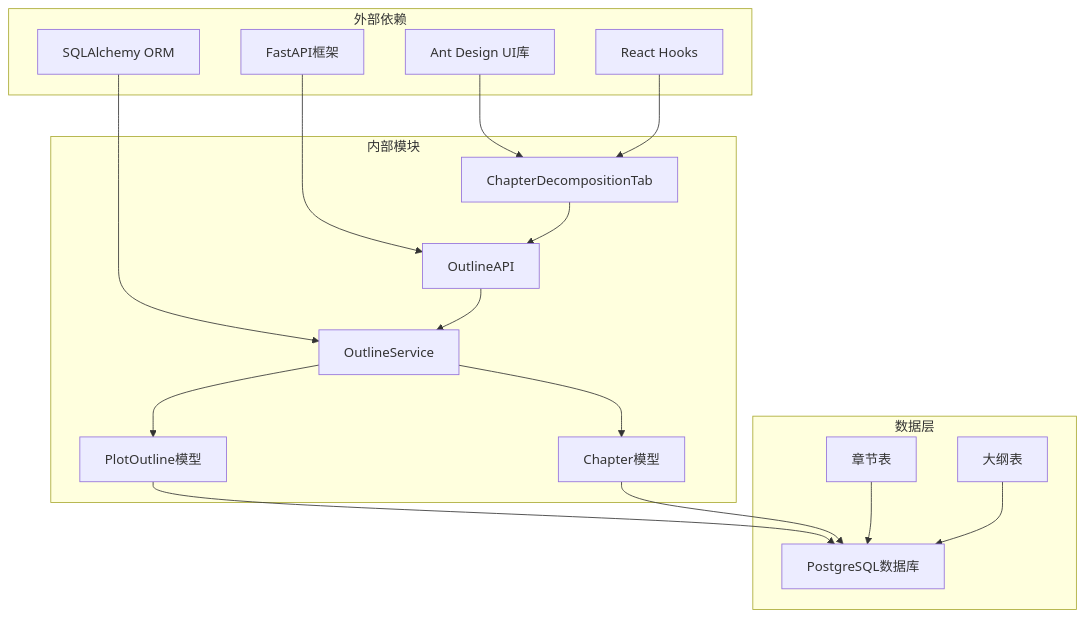
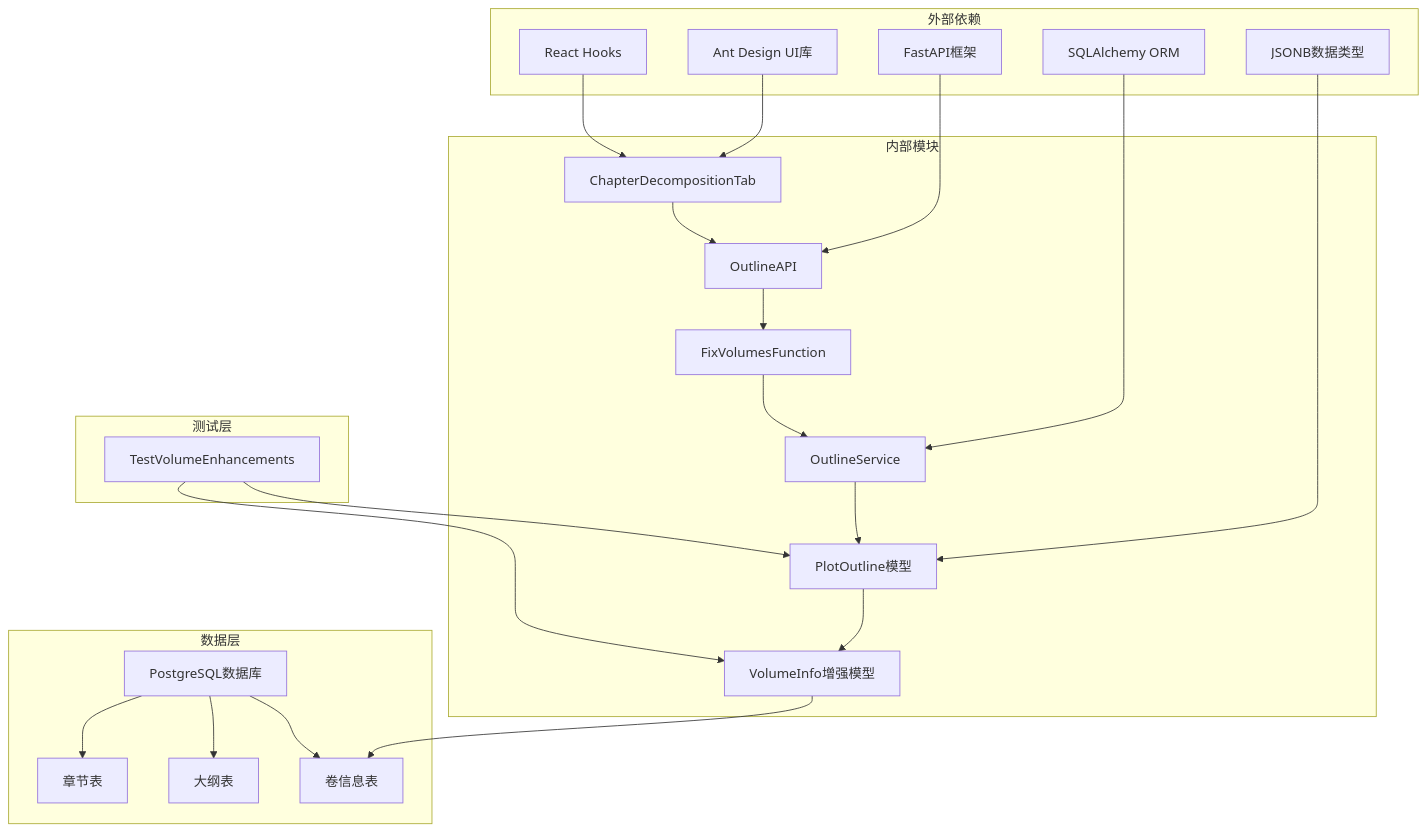
One commit to xfbyxq/ai-novel-system changed the ninth of 9 diagrams in .qoder/repowiki/zh/content/Chapter Decomposition Tab.md. Above: the diagram before and after it, drawn with Mermaid. The commit also changed other lines of this file and 11 other files, not shown here.

````diff
--- a/.qoder/repowiki/zh/content/Chapter Decomposition Tab.md
+++ b/.qoder/repowiki/zh/content/Chapter Decomposition Tab.md
@@ -337,33 +485,43 @@
 ```mermaid
 graph TB
 subgraph "外部依赖"
 A[Ant Design UI库]
 B[React Hooks]
 C[FastAPI框架]
 D[SQLAlchemy ORM]
+E[JSONB数据类型]
 end
 subgraph "内部模块"
-E[ChapterDecompositionTab]
-F[OutlineAPI]
-G[OutlineService]
-H[PlotOutline模型]
-I[Chapter模型]
+F[ChapterDecompositionTab]
+G[OutlineAPI]
+H[FixVolumesFunction]
+I[OutlineService]
+J[PlotOutline模型]
+K[VolumeInfo增强模型]
 end
 subgraph "数据层"
-J[PostgreSQL数据库]
-K[章节表]
-L[大纲表]
+L[PostgreSQL数据库]
+M[章节表]
+N[大纲表]
+O[卷信息表]
 end
-A --> E
-B --> E
-C --> F
-D --> G
-E --> F
+subgraph "测试层"
+P[TestVolumeEnhancements]
+end
+A --> F
+B --> F
+C --> G
+D --> I
+E --> J
 F --> G
 G --> H
-G --> I
-H --> J
+H --> I
 I --> J
-K --> J
-L --> J
+J --> K
+K --> O
+L --> M
+L --> N
+L --> O
+P --> J
+P --> K
 ```
````
